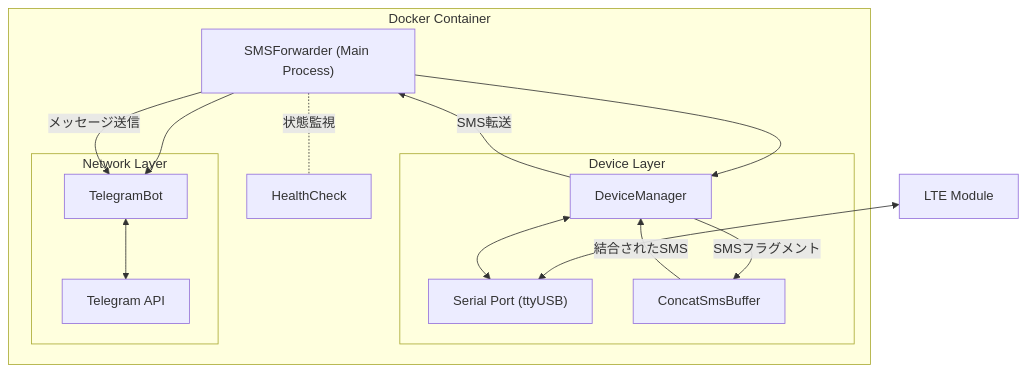
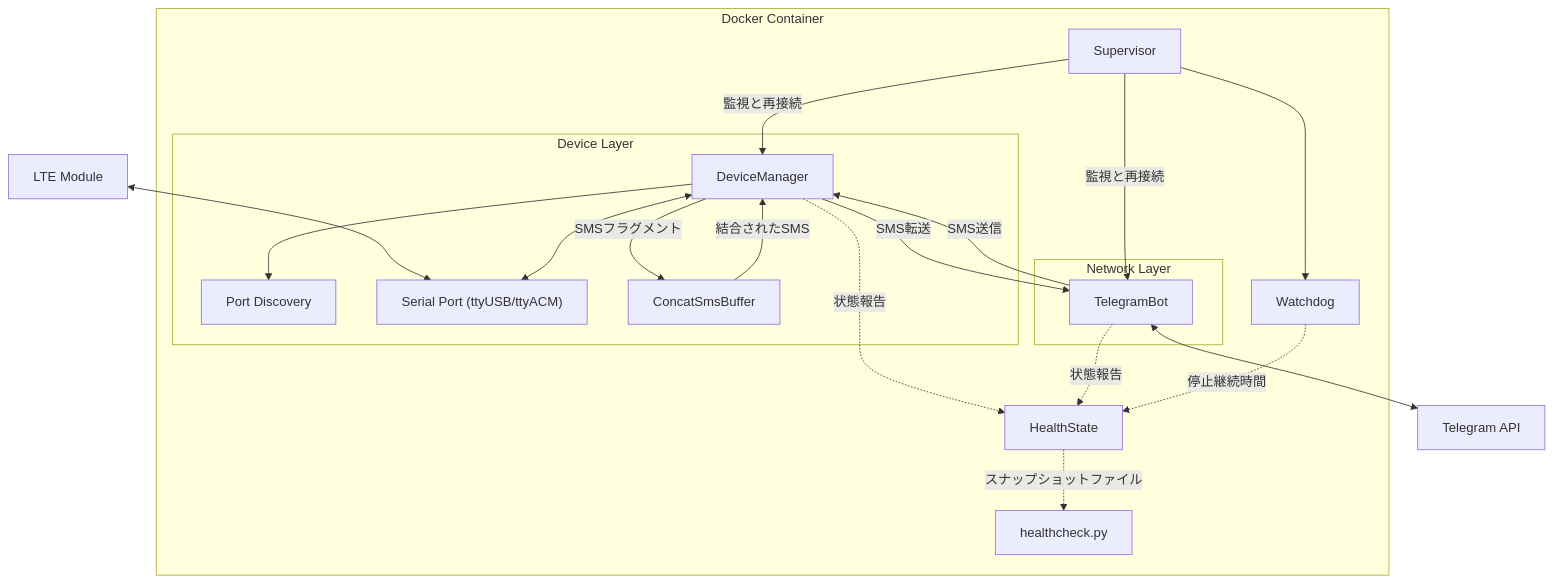
One commit to vxhorse/SMS_forwarder_Telegram changed the diagram in README_JP.md. Above: the diagram before and after it, drawn with Mermaid. The commit also changed other lines of this file and 7 other files, not shown here.

First line of the commit message:
docs: bind-mount the device tree and document port discovery

````diff
--- a/README_JP.md
+++ b/README_JP.md
@@ -20,31 +21,37 @@
 ```mermaid
 graph TD
     subgraph DC [Docker Container]
-        Main["SMSForwarder (Main Process)"]
-        
+        Sup[Supervisor]
+        WD[Watchdog]
+        HS[HealthState]
+        HC["healthcheck.py"]
+
         subgraph DeviceLayer [Device Layer]
             DM[DeviceManager]
-            Serial["Serial Port (ttyUSB)"]
+            Disc[Port Discovery]
+            Serial["Serial Port (ttyUSB/ttyACM)"]
             Buffer[ConcatSmsBuffer]
         end
-        
+
         subgraph NetworkLayer [Network Layer]
             Bot[TelegramBot]
-            API[Telegram API]
         end
-        
-        Health[HealthCheck]
     end
-    
+
     Hardware[LTE Module] <--> Serial
-    Main --> DM
-    Main --> Bot
+    Sup -- "監視と再接続" --> DM
+    Sup -- "監視と再接続" --> Bot
+    Sup --> WD
+    DM --> Disc
     DM <--> Serial
     DM -- "SMSフラグメント" --> Buffer
     Buffer -- "結合されたSMS" --> DM
-    DM -- "SMS転送" --> Main
-    Main -- "メッセージ送信" --> Bot
-    Bot <--> API
-    
-    Main -. "状態監視" .- Health
+    DM -- "SMS転送" --> Bot
+    Bot -- "SMS送信" --> DM
+    Bot <--> API[Telegram API]
+
+    DM -. "状態報告" .-> HS
+    Bot -. "状態報告" .-> HS
+    WD -. "停止継続時間" .-> HS
+    HS -. "スナップショットファイル" .-> HC
 ```
````
